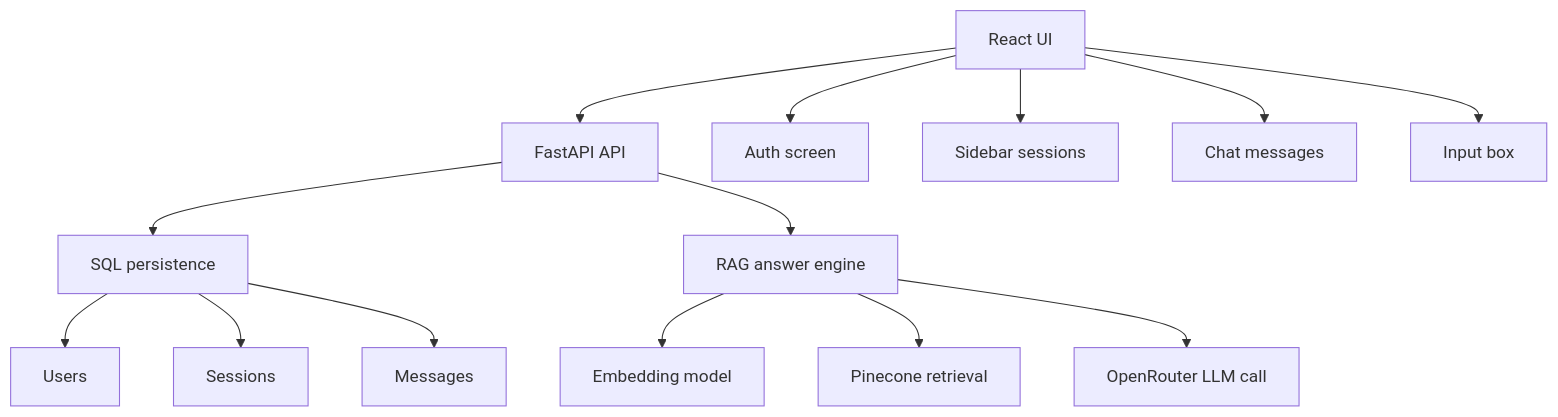
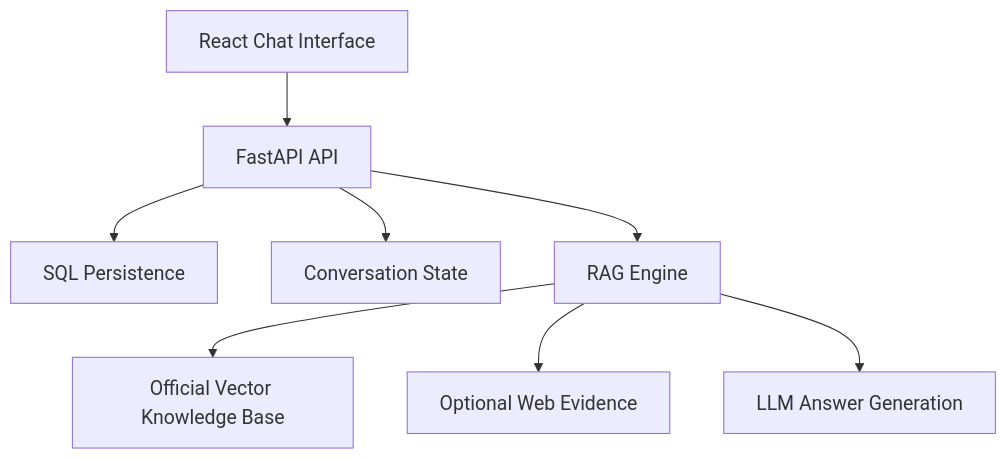
The sixth of 6 diagrams in PROJECT_DOCUMENTATION.md (BunkhloemPEL/tvet-chatbot), drawn with Mermaid before and after one commit. The commit also changed other lines of this file and 14 other files, not shown here.

````diff
--- a/PROJECT_DOCUMENTATION.md
+++ b/PROJECT_DOCUMENTATION.md
@@ -879,19 +1017,11 @@
 ```mermaid
+%%{init: {"themeVariables": {"fontSize": "18px"}, "themeCSS": ".nodeLabel, .edgeLabel, .label, .actor, .messageText, .loopText { font-weight: 700 !important; }"}}%%
 flowchart TD
-    A[React UI] --> B[FastAPI API]
-    B --> C[SQL persistence]
-    B --> D[RAG answer engine]
-
-    C --> C1[Users]
-    C --> C2[Sessions]
-    C --> C3[Messages]
-
-    D --> D1[Embedding model]
-    D --> D2[Pinecone retrieval]
-    D --> D3[OpenRouter LLM call]
-
-    A --> A1[Auth screen]
-    A --> A2[Sidebar sessions]
-    A --> A3[Chat messages]
-    A --> A4[Input box]
+    A[React Chat Interface] --> B[FastAPI API]
+    B --> C[SQL Persistence]
+    B --> D[Conversation State]
+    B --> E[RAG Engine]
+    E --> F[Official Vector Knowledge Base]
+    E --> G[Optional Web Evidence]
+    E --> H[LLM Answer Generation]
 ```
````
